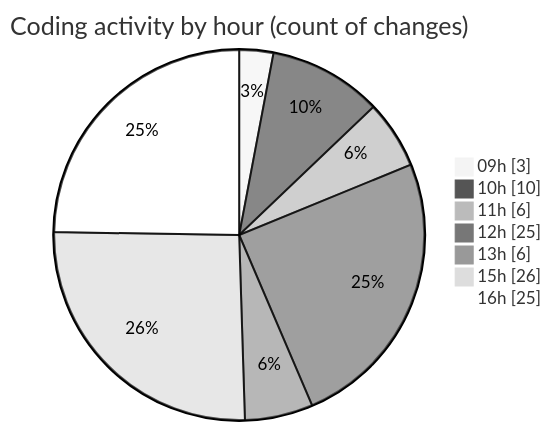
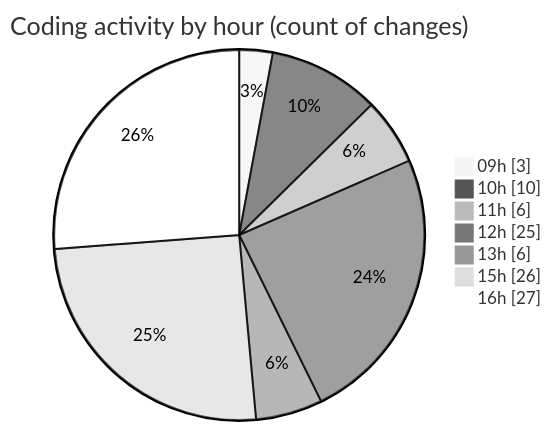
The second of 2 diagrams in 2026-01-26/cda/README.md (momahboobian/code-tracking), drawn with Mermaid (neutral theme) before and after one commit. The commit also changed other lines of this file and 1 other file, not shown here.

````diff
--- a/2026-01-26/cda/README.md
+++ b/2026-01-26/cda/README.md
@@ -56,11 +57,11 @@
 ```mermaid
 pie showData
 title Coding activity by hour (count of changes)
 "09h" : 3
 "10h" : 10
 "11h" : 6
 "12h" : 25
 "13h" : 6
 "15h" : 26
-"16h" : 25
+"16h" : 27
 ```
````
